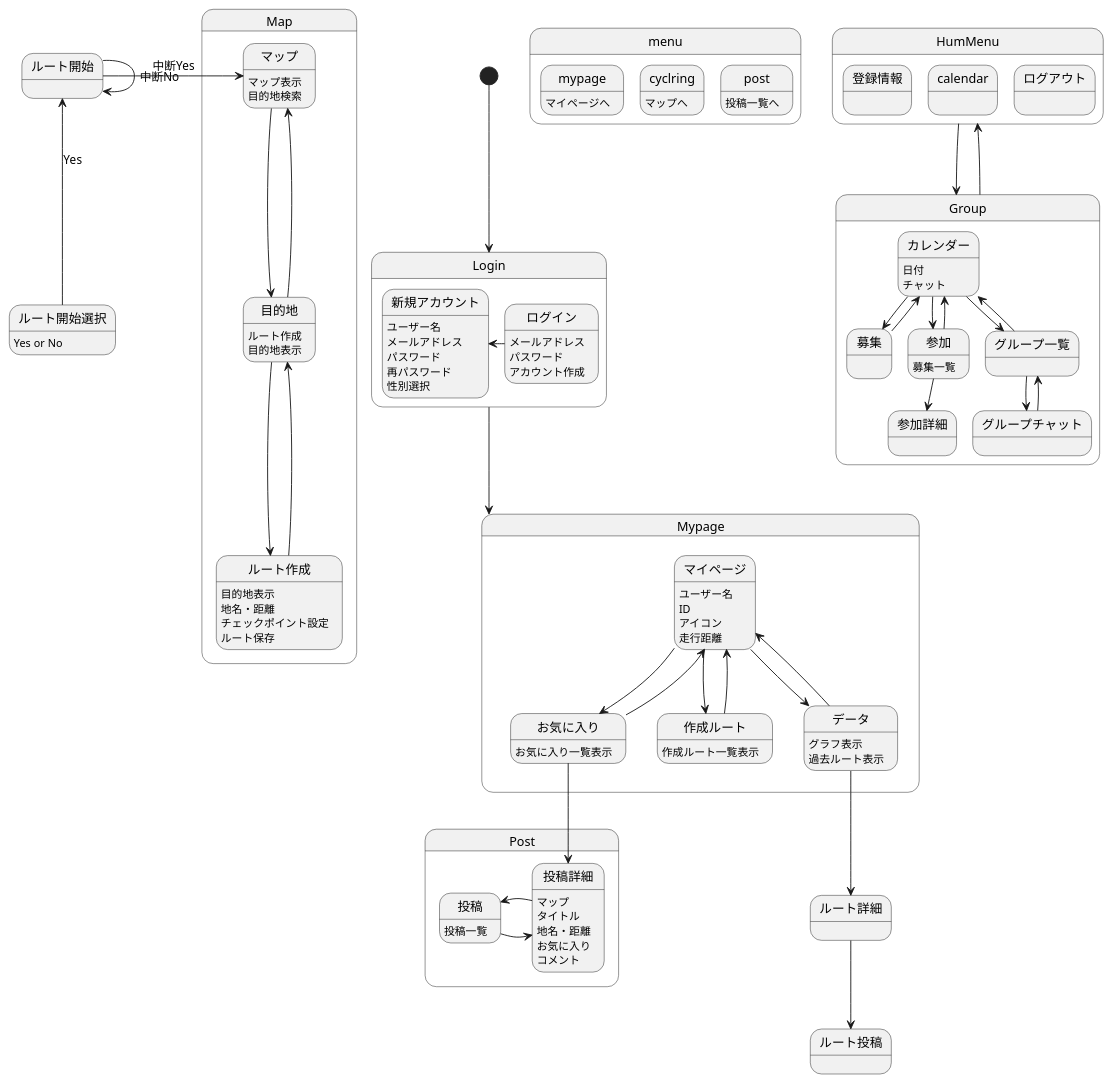
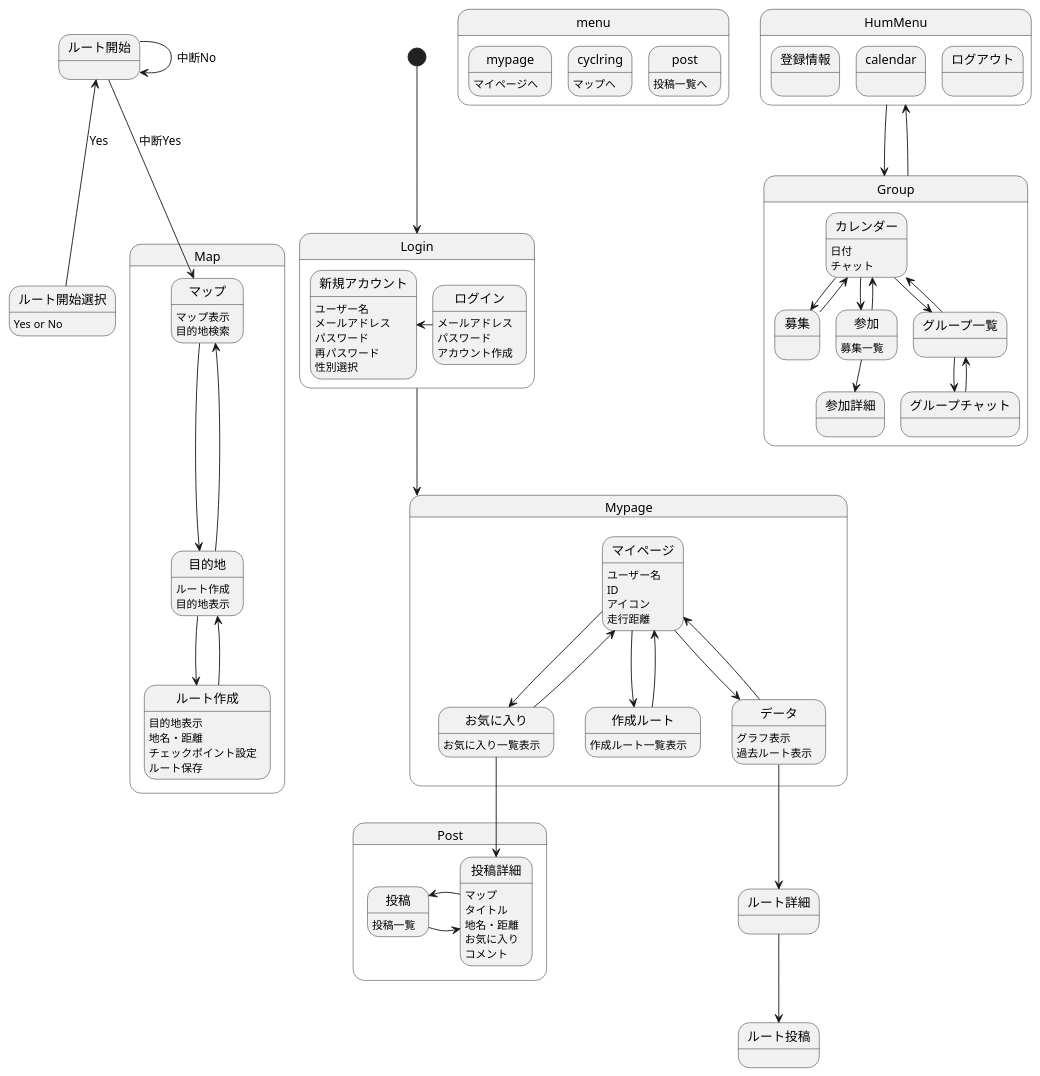
Before and after one commit to AsoSD3A3/CyclingSystem: the diagram in 画面遷移図/gm.md, drawn with PlantUML.

```diff
--- a/画面遷移図/gm.md
+++ b/画面遷移図/gm.md
@@ -86,7 +86,7 @@
 ルート開始選択:Yes or No
 ルート開始選択-up->ルート開始 :Yes
 ルート開始-->ルート開始 :中断No
-ルート開始-left->マップ :中断Yes
+ルート開始-->マップ :中断Yes
 
 
 state Post{
```
